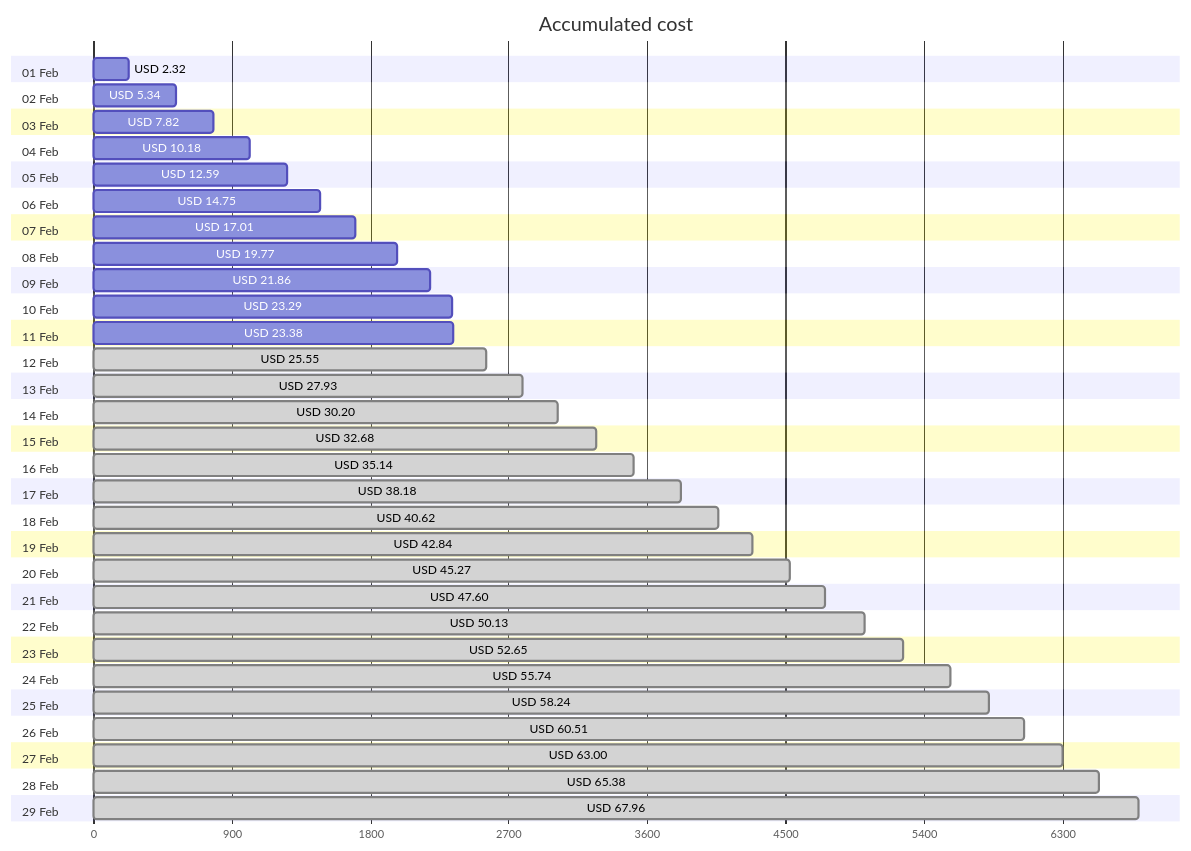
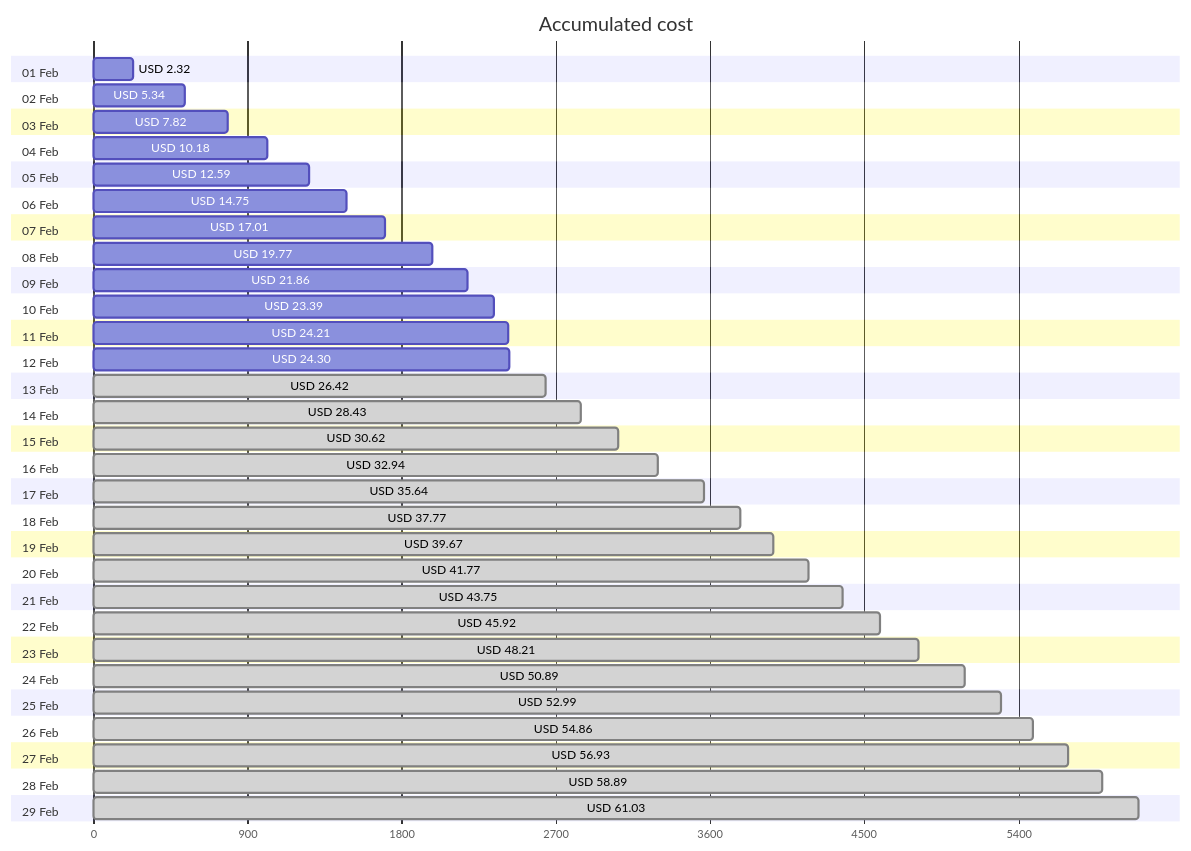
One commit to jpfulton/azure-personal-reports changed the first of 4 diagrams in cost-reports/personal-network/README.md. Above: the diagram before and after it, drawn with Mermaid. The commit also changed other lines of this file and 8 other files, not shown here.

````diff
--- a/cost-reports/personal-network/README.md
+++ b/cost-reports/personal-network/README.md
@@ -20,64 +20,64 @@
 ```mermaid
 gantt
    title Accumulated cost
    dateFormat  X
    axisFormat %s
    section 01 Feb
    USD 2.32 :0, 232
    section 02 Feb
    USD 5.34 :0, 534
    section 03 Feb
    USD 7.82 :0, 782
    section 04 Feb
    USD 10.18 :0, 1018
    section 05 Feb
    USD 12.59 :0, 1259
    section 06 Feb
    USD 14.75 :0, 1475
    section 07 Feb
    USD 17.01 :0, 1701
    section 08 Feb
    USD 19.77 :0, 1977
    section 09 Feb
    USD 21.86 :0, 2186
    section 10 Feb
-   USD 23.29 :0, 2329
+   USD 23.39 :0, 2339
    section 11 Feb
-   USD 23.38 :0, 2338
+   USD 24.21 :0, 2421
    section 12 Feb
-   USD 25.55 : done, 0, 2555
+   USD 24.30 :0, 2430
    section 13 Feb
-   USD 27.93 : done, 0, 2793
+   USD 26.42 : done, 0, 2642
    section 14 Feb
-   USD 30.20 : done, 0, 3020
+   USD 28.43 : done, 0, 2843
    section 15 Feb
-   USD 32.68 : done, 0, 3268
+   USD 30.62 : done, 0, 3062
    section 16 Feb
-   USD 35.14 : done, 0, 3514
+   USD 32.94 : done, 0, 3294
    section 17 Feb
-   USD 38.18 : done, 0, 3818
+   USD 35.64 : done, 0, 3564
    section 18 Feb
-   USD 40.62 : done, 0, 4062
+   USD 37.77 : done, 0, 3777
    section 19 Feb
-   USD 42.84 : done, 0, 4284
+   USD 39.67 : done, 0, 3967
    section 20 Feb
-   USD 45.27 : done, 0, 4527
+   USD 41.77 : done, 0, 4177
    section 21 Feb
-   USD 47.60 : done, 0, 4760
+   USD 43.75 : done, 0, 4375
    section 22 Feb
-   USD 50.13 : done, 0, 5013
+   USD 45.92 : done, 0, 4592
    section 23 Feb
-   USD 52.65 : done, 0, 5265
+   USD 48.21 : done, 0, 4821
    section 24 Feb
-   USD 55.74 : done, 0, 5574
+   USD 50.89 : done, 0, 5089
    section 25 Feb
-   USD 58.24 : done, 0, 5824
+   USD 52.99 : done, 0, 5299
    section 26 Feb
-   USD 60.51 : done, 0, 6051
+   USD 54.86 : done, 0, 5486
    section 27 Feb
-   USD 63.00 : done, 0, 6300
+   USD 56.93 : done, 0, 5693
    section 28 Feb
-   USD 65.38 : done, 0, 6538
+   USD 58.89 : done, 0, 5889
    section 29 Feb
-   USD 67.96 : done, 0, 6796
+   USD 61.03 : done, 0, 6103
 ```
````
